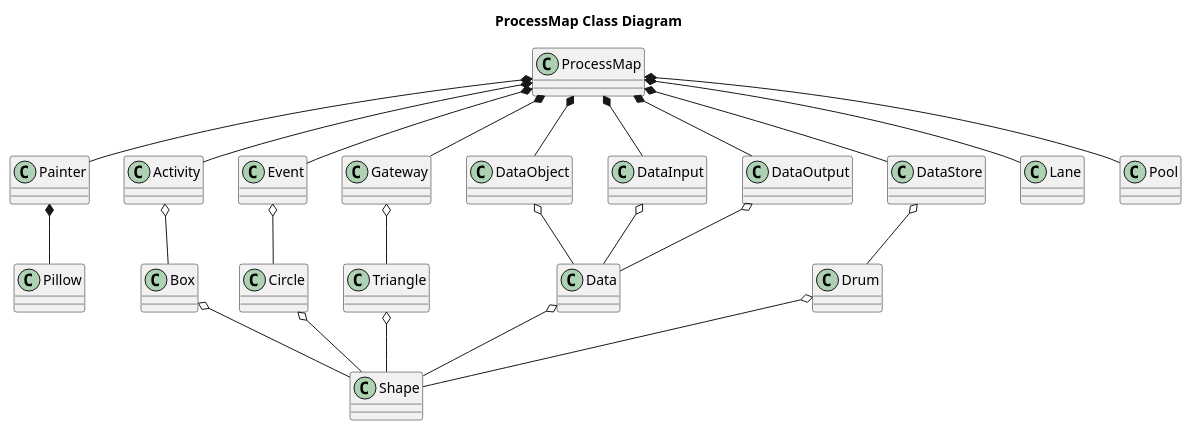
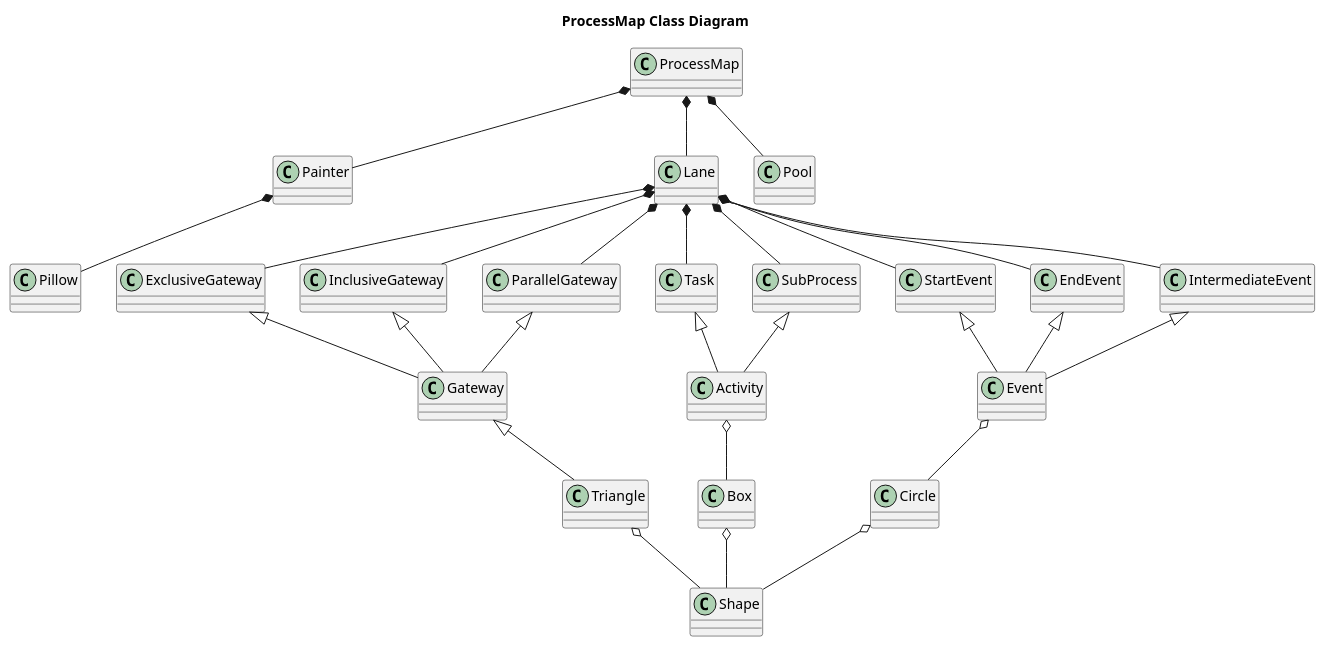
Before and after one commit to csgoh/processpiper: the diagram in src/design.puml, drawn with PlantUML. The commit also changed 14 other files, not shown here.

```diff
--- a/src/design.puml
+++ b/src/design.puml
@@ -1,47 +1,75 @@
 @startuml
 title ProcessMap Class Diagram
 
 class ProcessMap
 class Painter
 class Pillow
 class Shape
 class Box
 class Circle
 class Triangle
-class Data
-class Drum
+class Gateway
+class ExclusiveGateway
+class InclusiveGateway
+class ParallelGateway
+Gateway <|-- Triangle
+ExclusiveGateway <|-- Gateway
+InclusiveGateway <|-- Gateway
+ParallelGateway <|-- Gateway
+Lane *-- ExclusiveGateway
+Lane *-- InclusiveGateway
+Lane *-- ParallelGateway
+
+' class Data
+' class Drum
 class Activity
+class Task
+class SubProcess
+Task <|-- Activity
+SubProcess <|-- Activity
+Lane *-- Task
+Lane *-- SubProcess
+
 class Event
-class Gateway
-class DataObject
-class DataInput
-class DataOutput
-class DataStore
+class StartEvent
+class EndEvent
+class IntermediateEvent
+StartEvent <|-- Event
+EndEvent <|-- Event
+IntermediateEvent <|-- Event
+Lane *-- StartEvent
+Lane *-- EndEvent
+Lane *-- IntermediateEvent
+
+
+' class Gateway
+' class DataObject
+' class DataInput
+' class DataOutput
+' class DataStore
 class Lane
 class Pool
 
 Box o-- Shape
 Circle o-- Shape
 Triangle o-- Shape
-Data o-- Shape
-Drum o-- Shape
+' Data o-- Shape
+' Drum o-- Shape
 Activity o-- Box
 Event o-- Circle
-Gateway o-- Triangle
-DataObject o-- Data
-DataInput o-- Data
-DataOutput o-- Data
-DataStore o-- Drum
+' Gateway o-- Triangle
+' DataObject o-- Data
+' DataInput o-- Data
+' DataOutput o-- Data
+' DataStore o-- Drum
 
 Painter *-- Pillow
 ProcessMap *-- Painter
-ProcessMap *-- Event
-ProcessMap *-- Activity
-ProcessMap *-- Gateway
-ProcessMap *-- DataObject
-ProcessMap *-- DataInput
-ProcessMap *-- DataOutput
-ProcessMap *-- DataStore
+' ProcessMap *-- Gateway
+' ProcessMap *-- DataObject
+' ProcessMap *-- DataInput
+' ProcessMap *-- DataOutput
+' ProcessMap *-- DataStore
 ProcessMap *-- Lane
 ProcessMap *-- Pool
 @enduml
```
